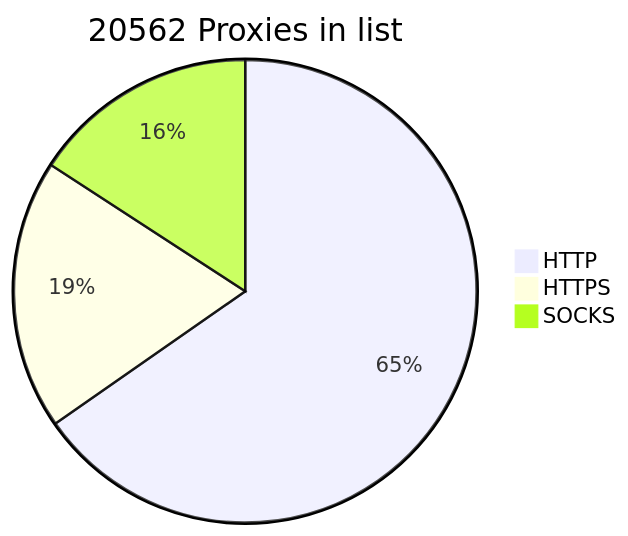
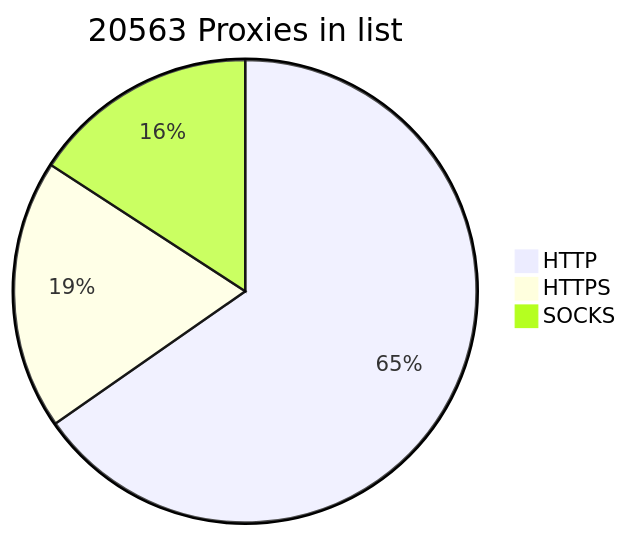
One commit to BlackSnowDot/proxylist-update-every-minute changed the diagram in README.md. Above: the diagram before and after it, drawn with Mermaid.

````diff
--- a/README.md
+++ b/README.md
@@ -2,6 +2,6 @@
 ```mermaid
-pie title 20562 Proxies in list
-    "HTTP" : 15133
-    "HTTPS": 4370
+pie title 20563 Proxies in list
+    "HTTP" : 15132
+    "HTTPS": 4371
     "SOCKS" : 3666
 ```
````
